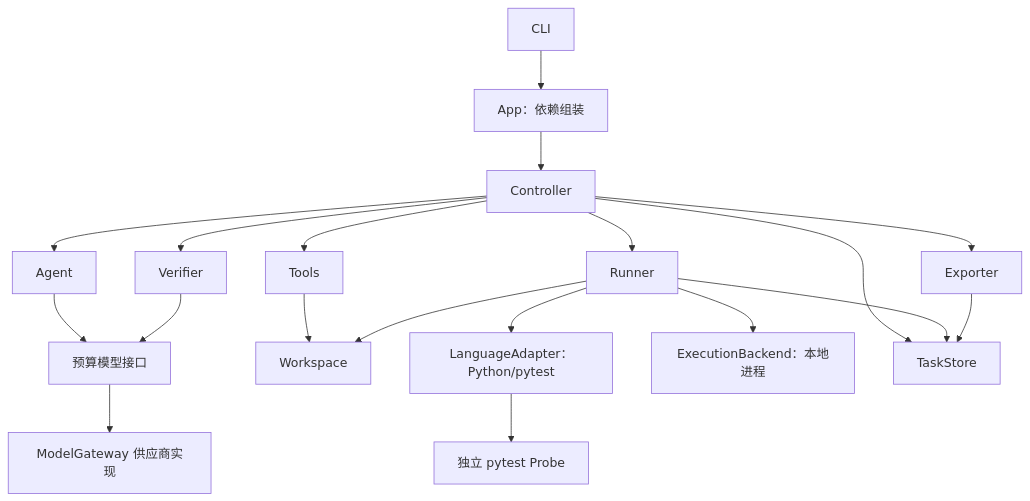
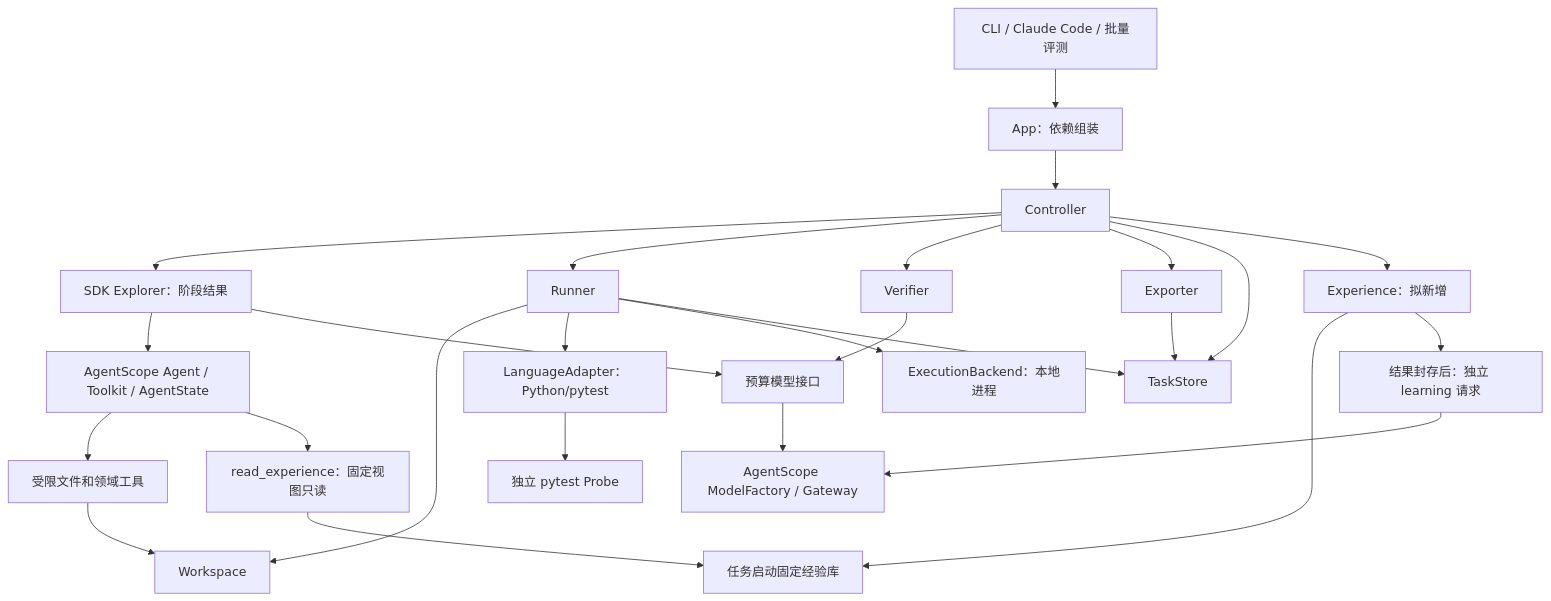
Before and after one commit to kyy-logs/ReproAgent: the diagram in docs/superpowers/specs/2026-10-05-reproagent-architecture-design.md, drawn with Mermaid. The commit also changed other lines of this file and 1 other file, not shown here.

Commit message:
docs: define experience loading and post-task learning lifecycle

````diff
--- a/docs/superpowers/specs/2026-10-05-reproagent-architecture-design.md
+++ b/docs/superpowers/specs/2026-10-05-reproagent-architecture-design.md
@@ -105,21 +118,28 @@
 ```mermaid
 flowchart TD
-    CLI[CLI] --> APP[App：依赖组装]
+    CLI[CLI / Claude Code / 批量评测] --> APP[App：依赖组装]
     APP --> C[Controller]
-    C --> A[Agent]
-    C --> T[Tools]
+    C --> A[SDK Explorer：阶段结果]
+    A --> RT[AgentScope Agent / Toolkit / AgentState]
+    RT --> T[受限文件和领域工具]
     C --> R[Runner]
     C --> V[Verifier]
     C --> E[Exporter]
     A --> M[预算模型接口]
     V --> M
-    M --> MG[ModelGateway 供应商实现]
+    M --> MG[AgentScope ModelFactory / Gateway]
     T --> W[Workspace]
     R --> W
     R --> L[LanguageAdapter：Python/pytest]
     R --> B[ExecutionBackend：本地进程]
     L --> P[独立 pytest Probe]
     C --> S[TaskStore]
     R --> S
     E --> S
+    C --> X[Experience：拟新增]
+    X --> XS[任务启动固定经验库]
+    X --> XL[结果封存后：独立 learning 请求]
+    XL --> MG
+    RT --> XR[read_experience：固定视图只读]
+    XR --> XS
 ```
````
